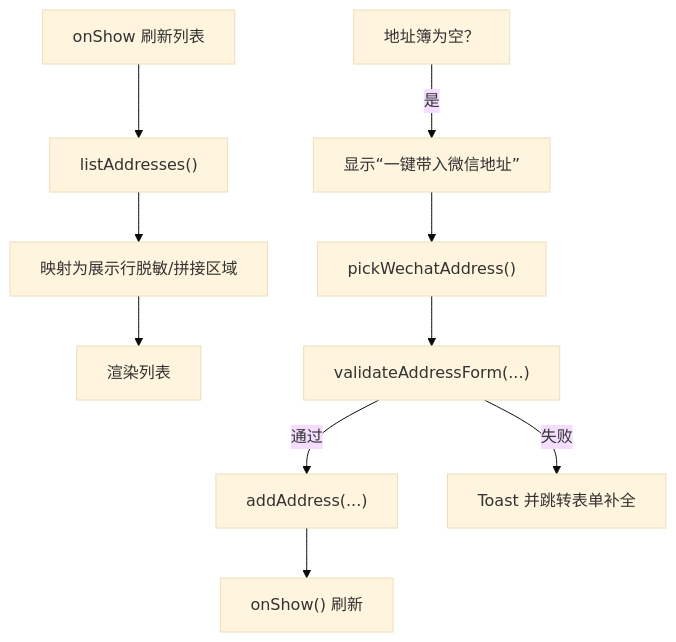
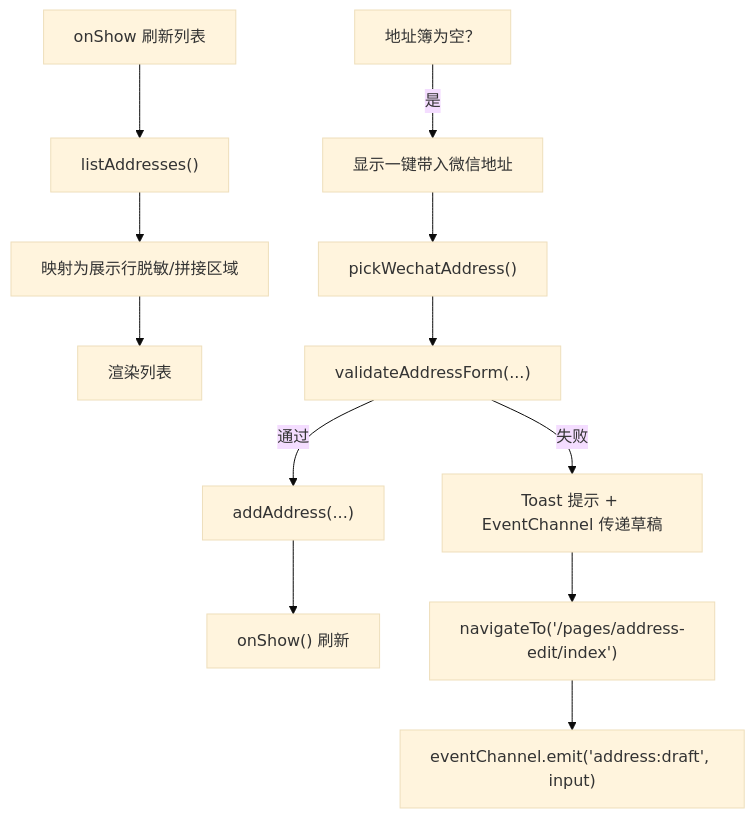
Before and after one commit to Ichi-Hackton/WAIC-WeChat-MiniProgram: the sixth of 7 diagrams in .qoder/repowiki/zh/content/用户界面/地址管理系统.md, drawn with Mermaid (base theme). The commit also changed other lines of this file and 28 other files, not shown here.

````diff
--- a/.qoder/repowiki/zh/content/用户界面/地址管理系统.md
+++ b/.qoder/repowiki/zh/content/用户界面/地址管理系统.md
@@ -290,12 +305,14 @@
 ```mermaid
 flowchart TD
 Show["onShow 刷新列表"] --> Read["listAddresses()"]
 Read --> Map["映射为展示行脱敏/拼接区域"]
 Map --> Render["渲染列表"]
-Empty["地址簿为空？"] --> |是| ImportBtn["显示“一键带入微信地址”"]
+Empty["地址簿为空？"] --> |是| ImportBtn["显示"一键带入微信地址""]
 ImportBtn --> Pick["pickWechatAddress()"]
 Pick --> Valid["validateAddressForm(...)"]
 Valid --> |通过| Add["addAddress(...)"]
 Add --> Refresh["onShow() 刷新"]
-Valid --> |失败| Redirect["Toast 并跳转表单补全"]
+Valid --> |失败| Draft["Toast 提示 + EventChannel 传递草稿"]
+Draft --> Navigate["navigateTo('/pages/address-edit/index')"]
+Navigate --> Emit["eventChannel.emit('address:draft', input)"]
 ```
````
